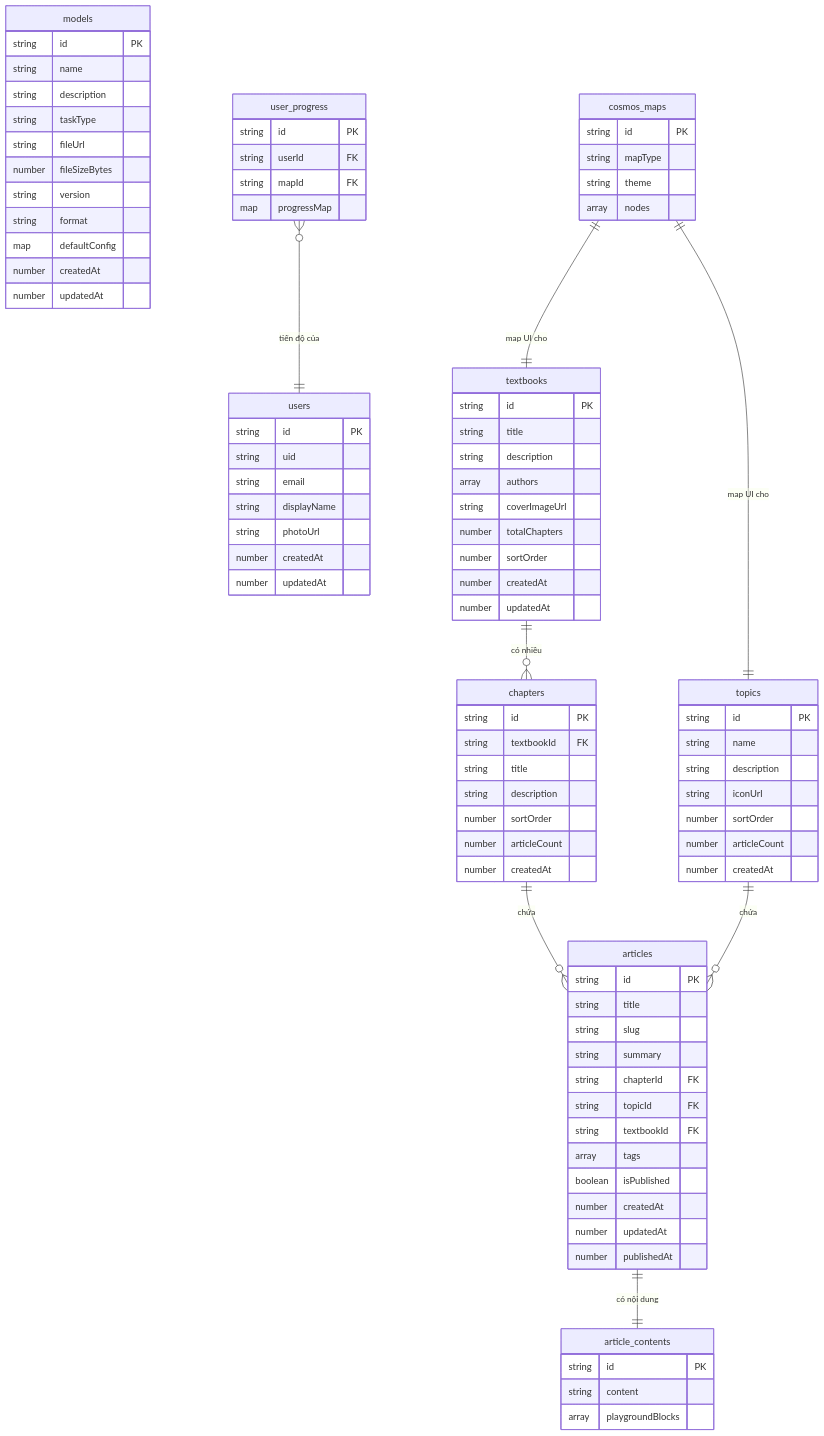
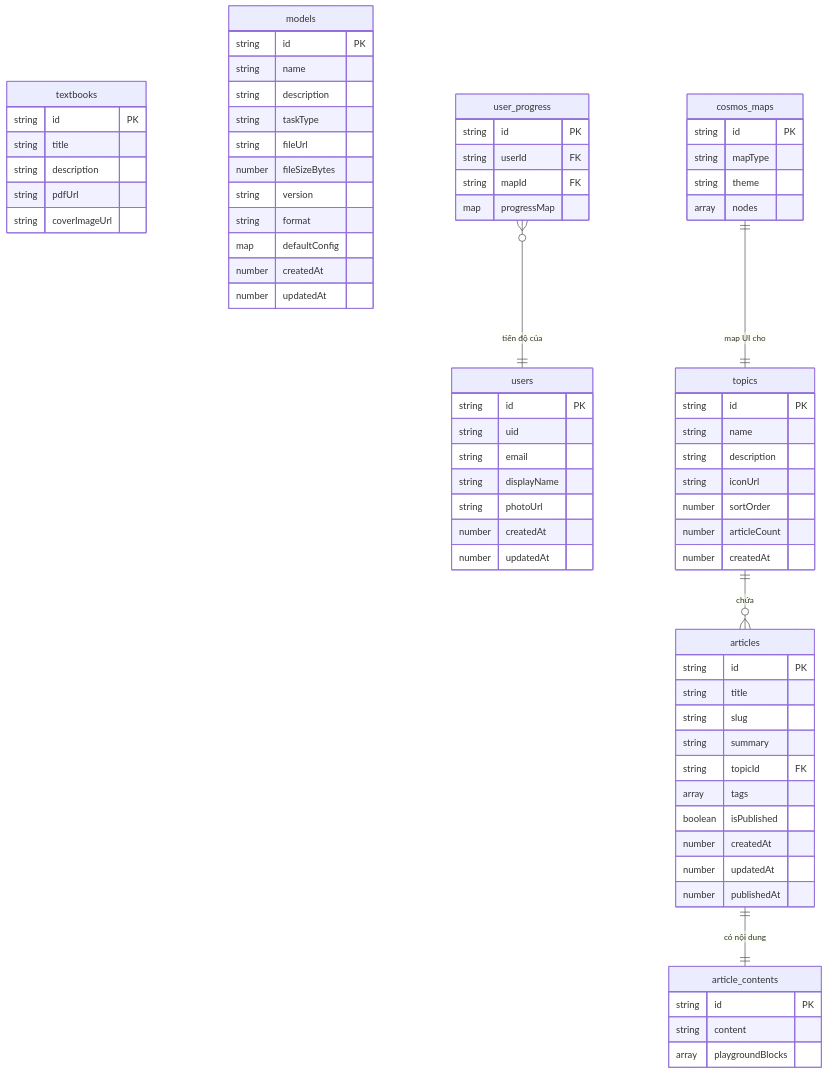
The diagram in docs/design/data-model.md (iAmHieu2012/Sequoia), drawn with Mermaid before and after one commit. The commit also changed other lines of this file and 30 other files, not shown here.

````diff
--- a/docs/design/data-model.md
+++ b/docs/design/data-model.md
@@ -29,22 +29,8 @@
         string id PK
         string title
         string description
-        array authors
+        string pdfUrl
         string coverImageUrl
-        number totalChapters
-        number sortOrder
-        number createdAt
-        number updatedAt
-    }
-
-    chapters {
-        string id PK
-        string textbookId FK
-        string title
-        string description
-        number sortOrder
-        number articleCount
-        number createdAt
     }
 
     topics {
@@ -62,9 +48,7 @@
         string title
         string slug
         string summary
-        string chapterId FK
         string topicId FK
-        string textbookId FK
         array tags
         boolean isPublished
         number createdAt
@@ -106,11 +90,8 @@
         map progressMap
     }
 
-    textbooks ||--o{ chapters : "có nhiều"
-    chapters ||--o{ articles : "chứa"
     topics ||--o{ articles : "chứa"
     articles ||--|| article_contents : "có nội dung"
-    cosmos_maps ||--|| textbooks : "map UI cho"
     cosmos_maps ||--|| topics : "map UI cho"
     user_progress }o--|| users : "tiến độ của"
 ```
````
